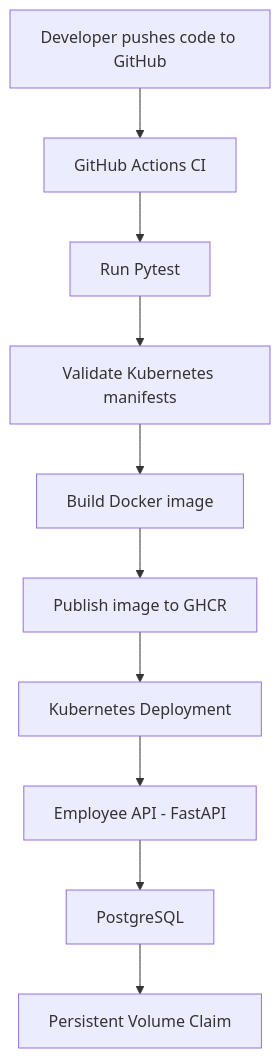
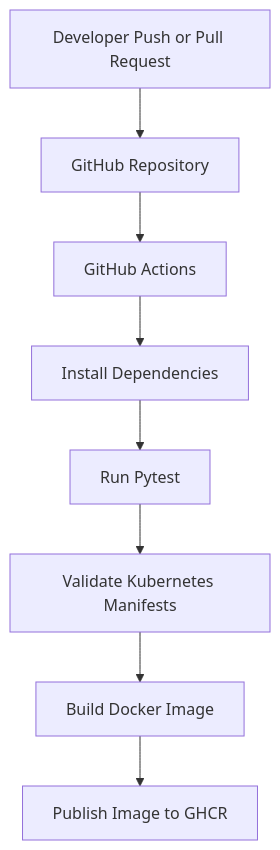
Before and after one commit to rk-Swetha/employee-api-devops: the first of 3 diagrams in README.md, drawn with Mermaid. The commit also changed other lines of this file, not shown here.

````diff
--- a/README.md
+++ b/README.md
@@ -7,18 +14,10 @@
 ```mermaid
 flowchart TD
-    A[Developer pushes code to GitHub]
-    B[GitHub Actions CI]
-    C[Run Pytest]
-    D[Validate Kubernetes manifests]
-    E[Build Docker image]
-    F[Publish image to GHCR]
-    G[Kubernetes Deployment]
-    H[Employee API - FastAPI]
-    I[PostgreSQL]
-    J[Persistent Volume Claim]
-
-    A --> B --> C --> D --> E --> F
-    F --> G --> H
-    H --> I
-    I --> J
+    A[Developer Push or Pull Request] --> B[GitHub Repository]
+    B --> C[GitHub Actions]
+    C --> D[Install Dependencies]
+    D --> E[Run Pytest]
+    E --> F[Validate Kubernetes Manifests]
+    F --> G[Build Docker Image]
+    G --> H[Publish Image to GHCR]
 ```
````
